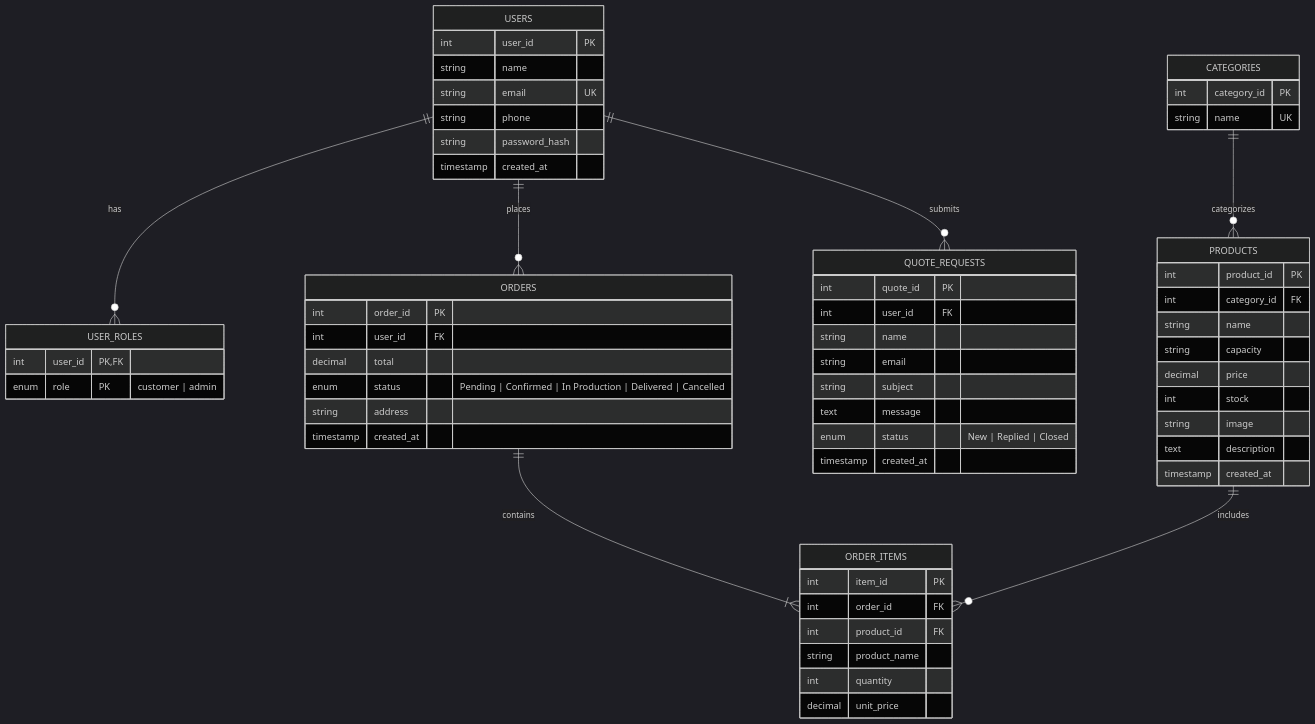
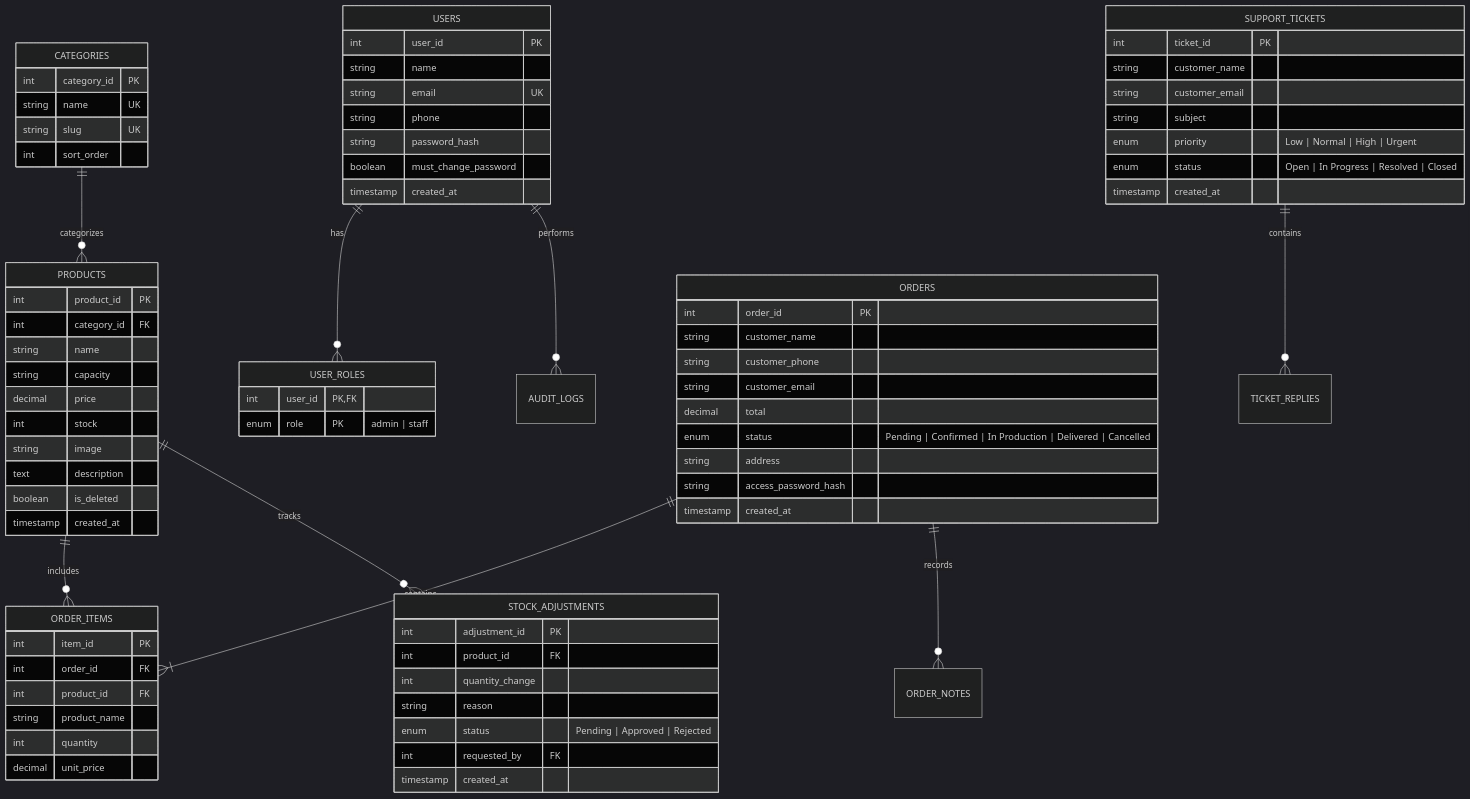
The diagram in README.md (hussenahmeddev/polarfiber), drawn with Mermaid (dark theme) before and after one commit. The commit also changed other lines of this file and 43 other files, not shown here.

````diff
--- a/README.md
+++ b/README.md
@@ -142,14 +183,18 @@
 erDiagram
     CATEGORIES ||--o{ PRODUCTS : categorizes
     USERS ||--o{ USER_ROLES : has
-    USERS ||--o{ ORDERS : places
-    USERS ||--o{ QUOTE_REQUESTS : submits
+    USERS ||--o{ AUDIT_LOGS : performs
     ORDERS ||--|{ ORDER_ITEMS : contains
     PRODUCTS ||--o{ ORDER_ITEMS : includes
+    PRODUCTS ||--o{ STOCK_ADJUSTMENTS : tracks
+    ORDERS ||--o{ ORDER_NOTES : records
+    SUPPORT_TICKETS ||--o{ TICKET_REPLIES : contains
 
     CATEGORIES {
         int category_id PK
         string name UK
+        string slug UK
+        int sort_order
     }
 
     PRODUCTS {
@@ -161,6 +206,7 @@
         int stock
         string image
         text description
+        boolean is_deleted
         timestamp created_at
     }
 
@@ -170,20 +216,24 @@
         string email UK
         string phone
         string password_hash
+        boolean must_change_password
         timestamp created_at
     }
 
     USER_ROLES {
         int user_id PK,FK
-        enum role PK "customer | admin"
+        enum role PK "admin | staff"
     }
 
     ORDERS {
         int order_id PK
-        int user_id FK
+        string customer_name
+        string customer_phone
+        string customer_email
         decimal total
         enum status "Pending | Confirmed | In Production | Delivered | Cancelled"
         string address
+        string access_password_hash
         timestamp created_at
     }
 
@@ -196,14 +246,23 @@
         decimal unit_price
     }
 
-    QUOTE_REQUESTS {
-        int quote_id PK
-        int user_id FK
-        string name
-        string email
+    STOCK_ADJUSTMENTS {
+        int adjustment_id PK
+        int product_id FK
+        int quantity_change
+        string reason
+        enum status "Pending | Approved | Rejected"
+        int requested_by FK
+        timestamp created_at
+    }
+
+    SUPPORT_TICKETS {
+        int ticket_id PK
+        string customer_name
+        string customer_email
         string subject
-        text message
-        enum status "New | Replied | Closed"
+        enum priority "Low | Normal | High | Urgent"
+        enum status "Open | In Progress | Resolved | Closed"
         timestamp created_at
     }
 ```
````
